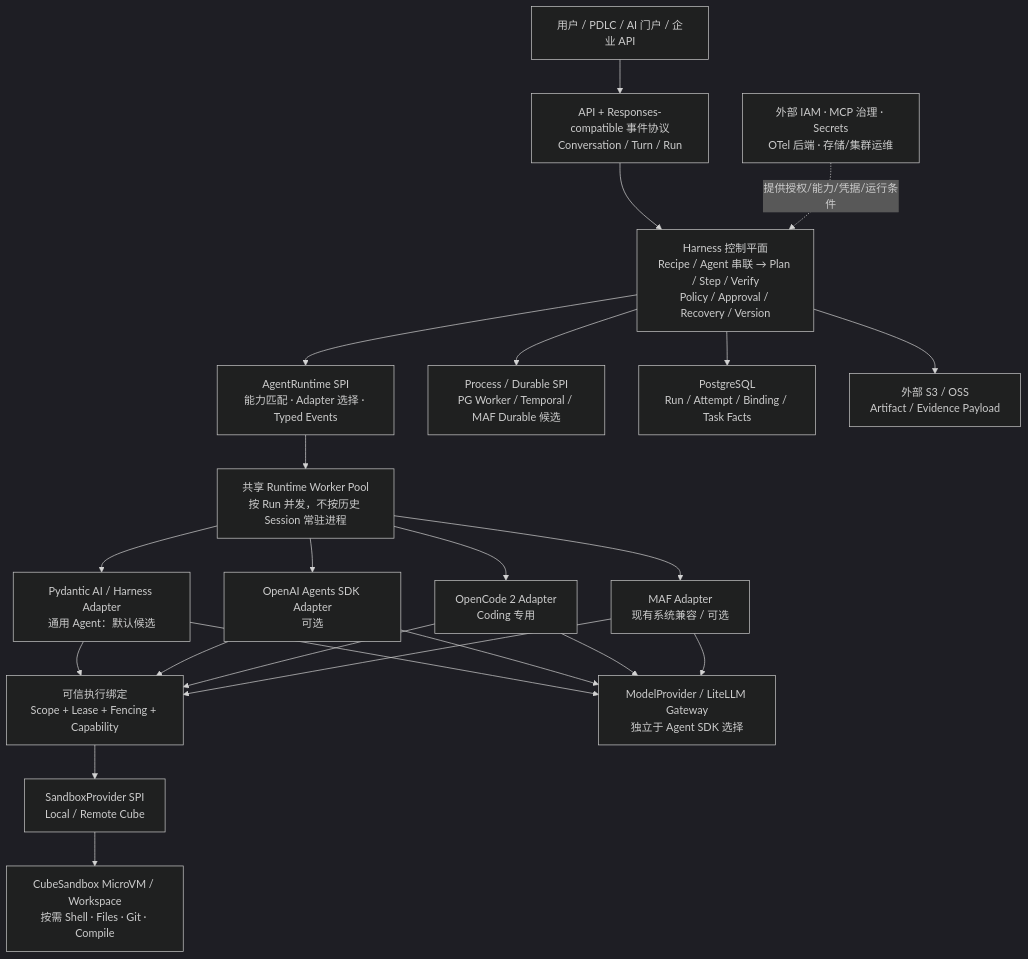
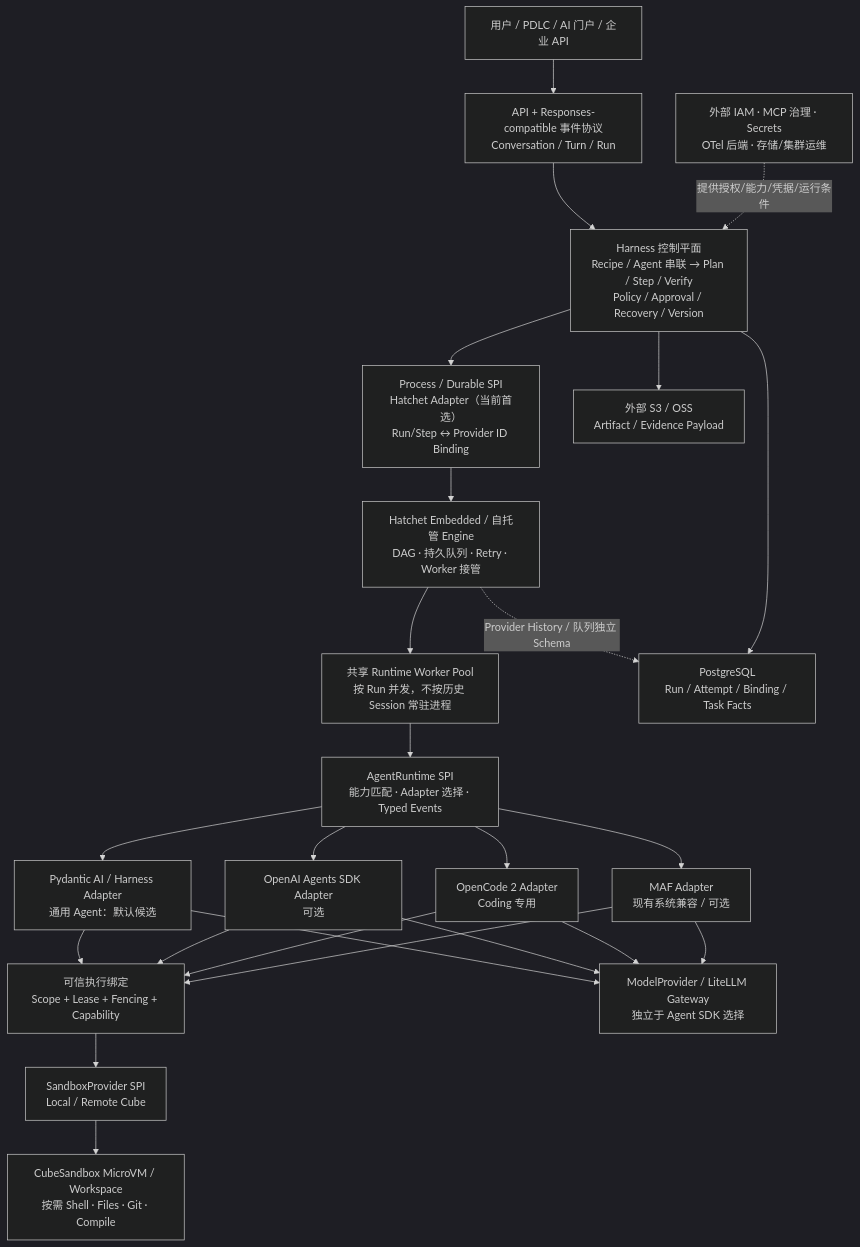
One commit to Bulls1986/Agent-Harness-Platform changed the second of 11 diagrams in README.md. Above: the diagram before and after it, drawn with Mermaid (dark theme). The commit also changed other lines of this file and 19 other files, not shown here.

First line of the commit message:
architecture(harness): adopt Hatchet Durable SPI baseline, reject DBOS

````diff
--- a/README.md
+++ b/README.md
@@ -112,28 +115,29 @@
 ```mermaid
 flowchart TB
     U["用户 / PDLC / AI 门户 / 企业 API"]
     API["API + Responses-compatible 事件协议\nConversation / Turn / Run"]
     CP["Harness 控制平面\nRecipe / Agent 串联 → Plan / Step / Verify\nPolicy / Approval / Recovery / Version"]
     SPI["AgentRuntime SPI\n能力匹配 · Adapter 选择 · Typed Events"]
     POOL["共享 Runtime Worker Pool\n按 Run 并发，不按历史 Session 常驻进程"]
     PY["Pydantic AI / Harness Adapter\n通用 Agent：默认候选"]
     OAI["OpenAI Agents SDK Adapter\n可选"]
     OC["OpenCode 2 Adapter\nCoding 专用"]
     MAF["MAF Adapter\n现有系统兼容 / 可选"]
     BOUND["可信执行绑定\nScope + Lease + Fencing + Capability"]
     SB["SandboxProvider SPI\nLocal / Remote Cube"]
     VM["CubeSandbox MicroVM / Workspace\n按需 Shell · Files · Git · Compile"]
-    DUR["Process / Durable SPI\nPG Worker / Temporal / MAF Durable 候选"]
+    DUR["Process / Durable SPI\nHatchet Adapter（当前首选）\nRun/Step ↔ Provider ID Binding"]
+    HAT["Hatchet Embedded / 自托管 Engine\nDAG · 持久队列 · Retry · Worker 接管"]
     STATE["PostgreSQL\nRun / Attempt / Binding / Task Facts"]
     OSS["外部 S3 / OSS\nArtifact / Evidence Payload"]
     MOD["ModelProvider / LiteLLM Gateway\n独立于 Agent SDK 选择"]
     EXT["外部 IAM · MCP 治理 · Secrets\nOTel 后端 · 存储/集群运维"]
-    U --> API --> CP --> SPI --> POOL
-    POOL --> PY & OAI & OC & MAF
+    U --> API --> CP --> DUR --> HAT --> POOL --> SPI
+    SPI --> PY & OAI & OC & MAF
     PY & OAI & OC & MAF --> BOUND --> SB --> VM
     PY & OAI & OC & MAF --> MOD
-    CP --> DUR
+    HAT -. "Provider History / 队列独立 Schema" .-> STATE
     CP --> STATE
     CP --> OSS
     EXT -. "提供授权/能力/凭据/运行条件" .-> CP
 ```
````
